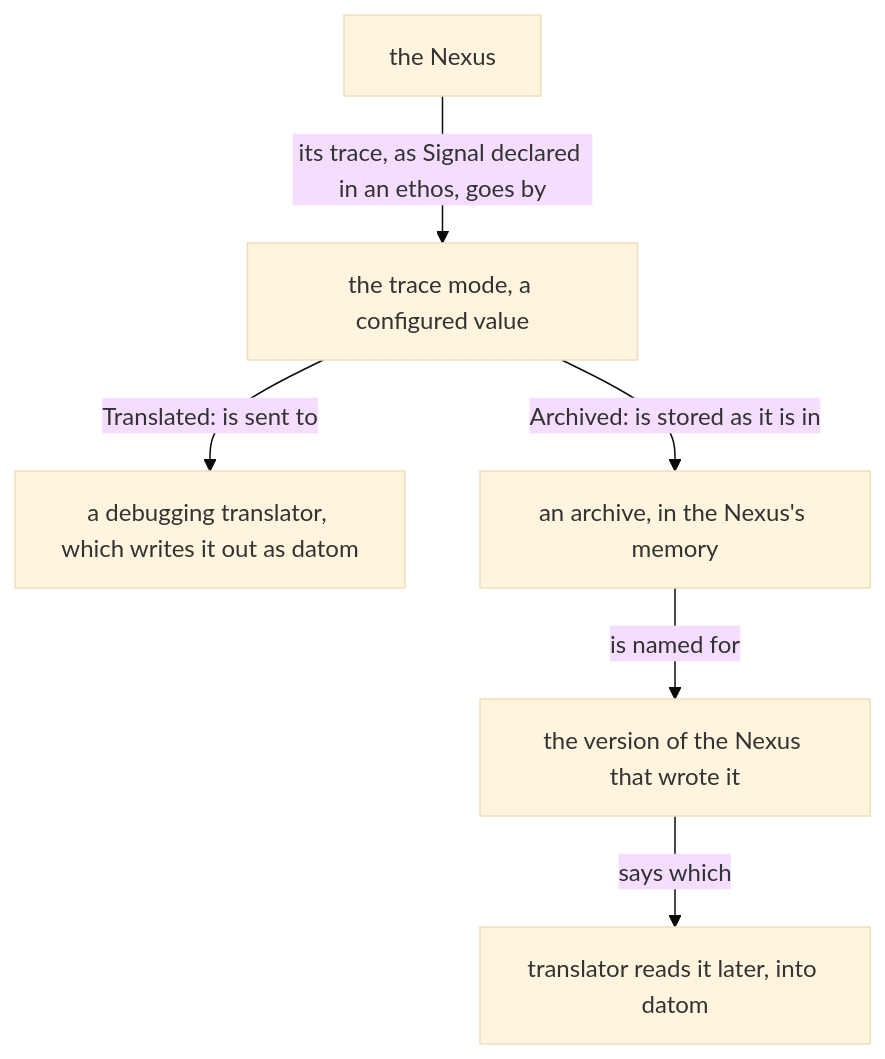
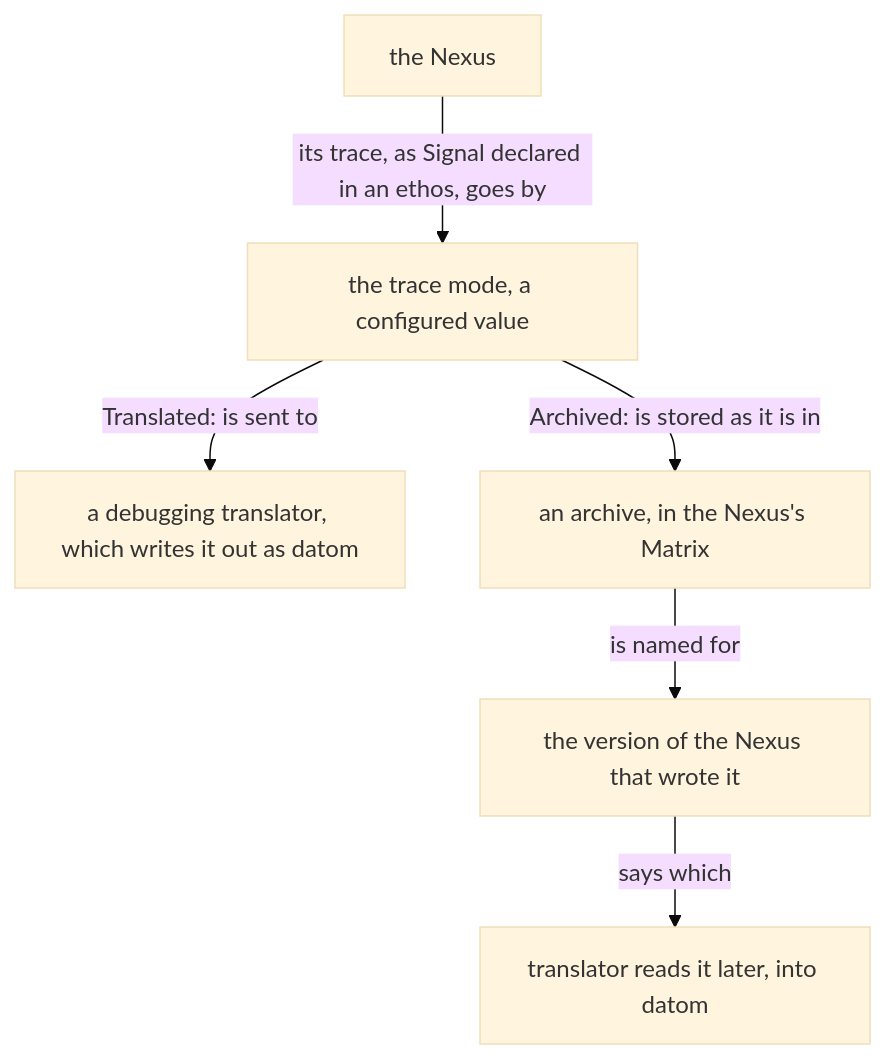
Diagram 13 of 13 in vision/nexus/1.md (LiGoldragon/psyche-belief), drawn with Mermaid (base theme) before and after one commit. The commit also changed other lines of this file and 17 other files, not shown here.

Commit message:
Rename Flow Nexus version 1 to the Loom, Memory to Matrix, on his word

````diff
--- a/vision/nexus/1.md
+++ b/vision/nexus/1.md
@@ -397,8 +397,8 @@
 ```mermaid
 flowchart TB
     n["the Nexus"] -- "its trace, as Signal declared in an ethos, goes by" --> m["the trace mode, a configured value"]
     m -- "Translated: is sent to" --> d["a debugging translator, which writes it out as datom"]
-    m -- "Archived: is stored as it is in" --> a["an archive, in the Nexus's memory"]
+    m -- "Archived: is stored as it is in" --> a["an archive, in the Nexus's Matrix"]
     a -- "is named for" --> v["the version of the Nexus that wrote it"]
     v -- "says which" --> t["translator reads it later, into datom"]
 ```
````
